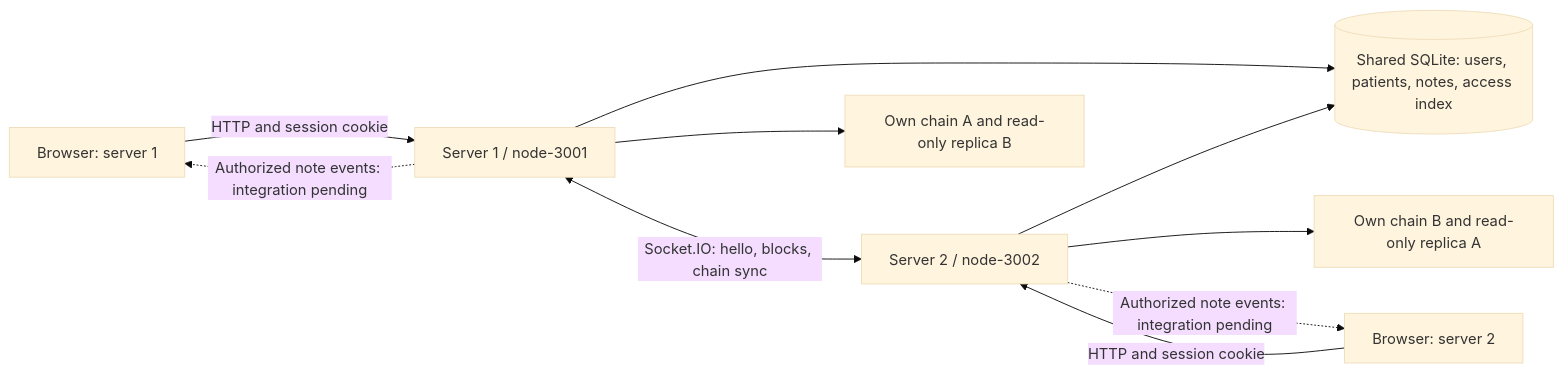
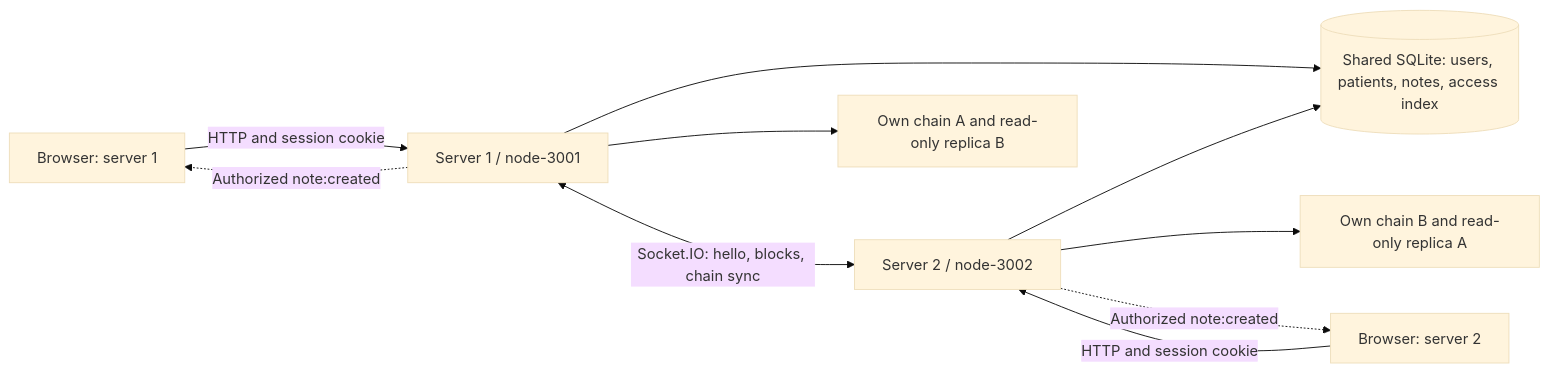
One commit to ReJMaN83/BCU-nodejs-grupp5 changed the diagram in docs/p2p-architecture.md. Above: the diagram before and after it, drawn with Mermaid (base theme). The commit also changed other lines of this file, not shown here.

````diff
--- a/docs/p2p-architecture.md
+++ b/docs/p2p-architecture.md
@@ -5,12 +5,12 @@
 ```mermaid
 flowchart LR
   C1[Browser: server 1] -->|HTTP and session cookie| S1[Server 1 / node-3001]
   C2[Browser: server 2] -->|HTTP and session cookie| S2[Server 2 / node-3002]
   S1 <-->|Socket.IO: hello, blocks, chain sync| S2
   S1 --> DB[(Shared SQLite: users, patients, notes, access index)]
   S2 --> DB
   S1 --> A[Own chain A and read-only replica B]
   S2 --> B[Own chain B and read-only replica A]
-  S1 -.->|Authorized note events: integration pending| C1
-  S2 -.->|Authorized note events: integration pending| C2
+  S1 -.->|Authorized note:created| C1
+  S2 -.->|Authorized note:created| C2
 ```
````
